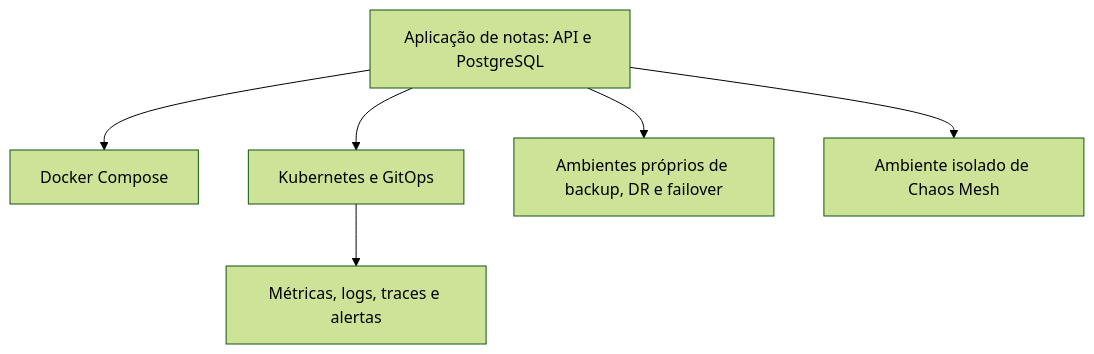
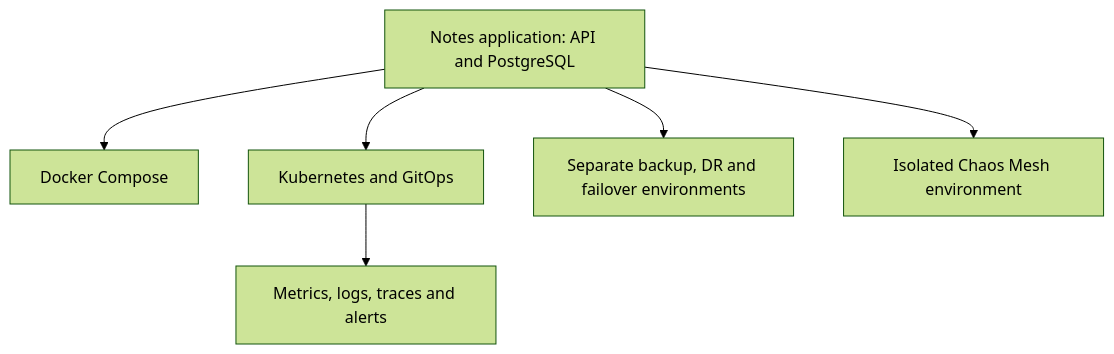
One commit to tommmdl/devops-portfolio changed the diagram in README.md. Above: the diagram before and after it, drawn with Mermaid (forest theme). The commit also changed other lines of this file and 10 other files, not shown here.

````diff
--- a/README.md
+++ b/README.md
@@ -13,9 +13,9 @@
 ```mermaid
 flowchart TB
-  App["Aplicação de notas: API e PostgreSQL"]
+  App["Notes application: API and PostgreSQL"]
   App --> Docker["Docker Compose"]
-  App --> Kube["Kubernetes e GitOps"]
-  Kube --> Obs["Métricas, logs, traces e alertas"]
-  App --> Recovery["Ambientes próprios de backup, DR e failover"]
-  App --> Chaos["Ambiente isolado de Chaos Mesh"]
+  App --> Kube["Kubernetes and GitOps"]
+  Kube --> Obs["Metrics, logs, traces and alerts"]
+  App --> Recovery["Separate backup, DR and failover environments"]
+  App --> Chaos["Isolated Chaos Mesh environment"]
 ```
````
